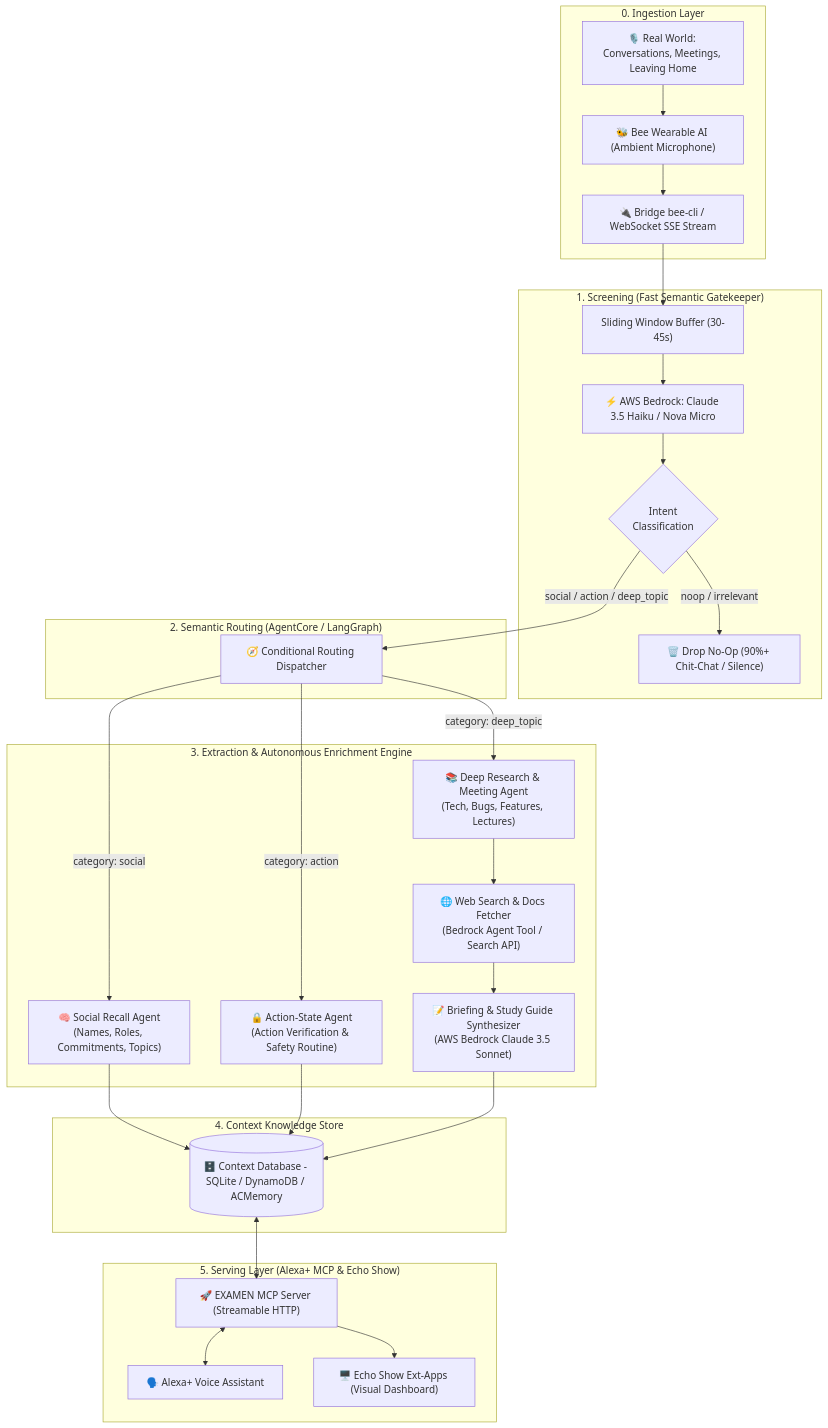
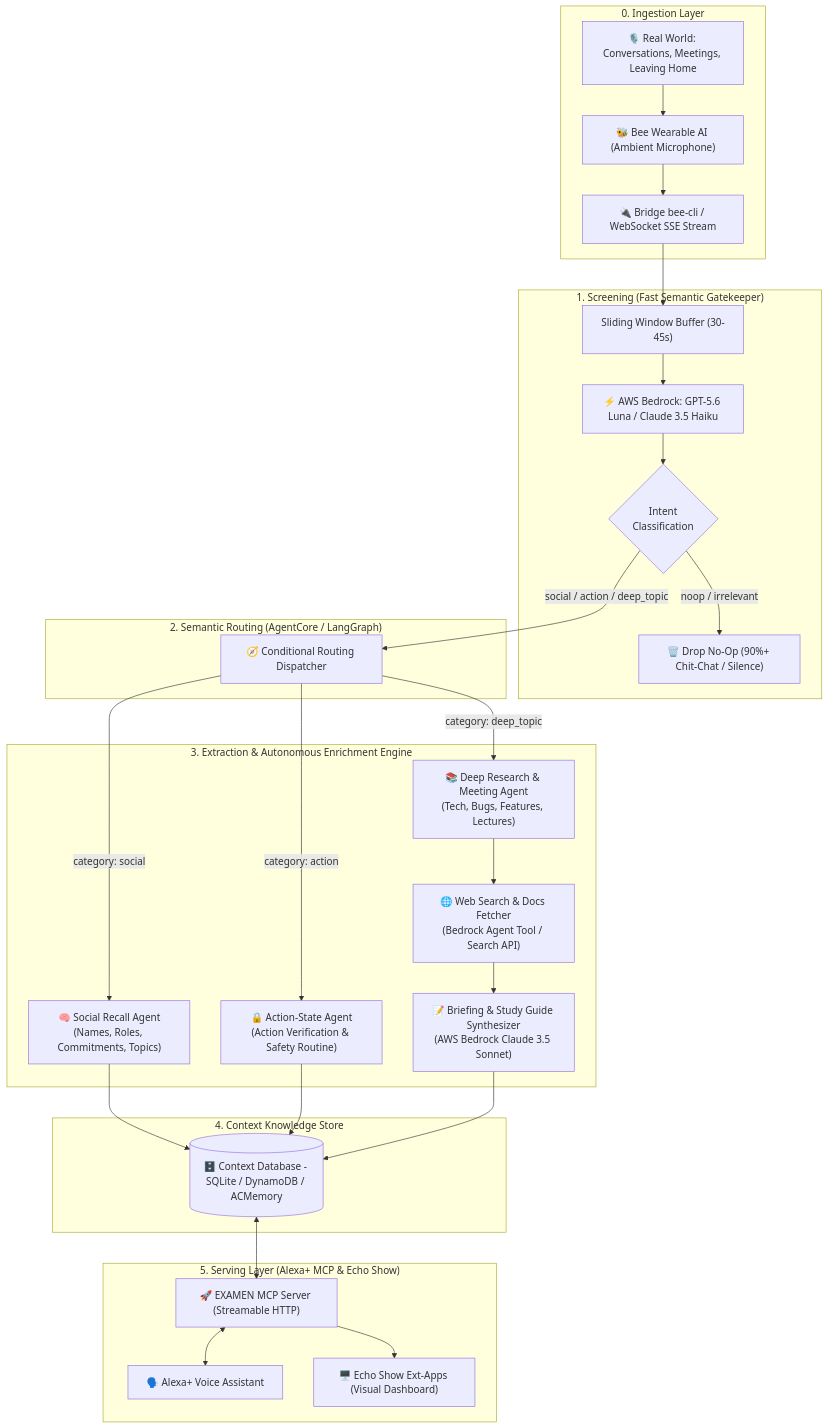
One commit to D3M1S22/examen changed the diagram in docs/01_architecture_flow.md. Above: the diagram before and after it, drawn with Mermaid. The commit also changed other lines of this file and 6 other files, not shown here.

Commit message:
feat: update default gatekeeper model to OpenAI GPT-5.6 Luna

````diff
--- a/docs/01_architecture_flow.md
+++ b/docs/01_architecture_flow.md
@@ -9,61 +9,61 @@
 ```mermaid
 flowchart TD
     %% Ingestion
     subgraph S0["0. Ingestion Layer"]
         RealWorld["🎙️ Real World: Conversations, Meetings, Leaving Home"]
         BeeWearable["🐝 Bee Wearable AI (Ambient Microphone)"]
         BeeMCP["🔌 Bridge bee-cli / WebSocket SSE Stream"]
         RealWorld --> BeeWearable --> BeeMCP
     end
 
     %% Stage 1: Screening
     subgraph S1["1. Screening (Fast Semantic Gatekeeper)"]
         Buffer["Sliding Window Buffer (30-45s)"]
-        BedrockGatekeeper["⚡ AWS Bedrock: Claude 3.5 Haiku / Nova Micro"]
+        BedrockGatekeeper["⚡ AWS Bedrock: GPT-5.6 Luna / Claude 3.5 Haiku"]
         Classifier{"Intent\nClassification"}
         DropIrrelevant["🗑️ Drop No-Op (90%+ Chit-Chat / Silence)"]
         
         BeeMCP --> Buffer --> BedrockGatekeeper --> Classifier
         Classifier -->|noop / irrelevant| DropIrrelevant
     end
 
     %% Stage 2: Routing
     subgraph S2["2. Semantic Routing (AgentCore / LangGraph)"]
         Router["🧭 Conditional Routing Dispatcher"]
         Classifier -->|social / action / deep_topic| Router
     end
 
     %% Stage 3: Extraction & Enrichment
     subgraph S3["3. Extraction & Autonomous Enrichment Engine"]
         SocialAgent["🧠 Social Recall Agent\n(Names, Roles, Commitments, Topics)"]
         ActionAgent["🔒 Action-State Agent\n(Action Verification & Safety Routine)"]
         TopicAgent["📚 Deep Research & Meeting Agent\n(Tech, Bugs, Features, Lectures)"]
         WebSearchTool["🌐 Web Search & Docs Fetcher\n(Bedrock Agent Tool / Search API)"]
         BriefingGenerator["📝 Briefing & Study Guide Synthesizer\n(AWS Bedrock Claude 3.5 Sonnet)"]
 
         Router -->|category: social| SocialAgent
         Router -->|category: action| ActionAgent
         Router -->|category: deep_topic| TopicAgent
         
         TopicAgent --> WebSearchTool --> BriefingGenerator
     end
 
     %% Stage 4: Storage
     subgraph S4["4. Context Knowledge Store"]
         DB[(🗄️ Context Database - SQLite / DynamoDB / ACMemory)]
         SocialAgent --> DB
         ActionAgent --> DB
         BriefingGenerator --> DB
     end
 
     %% Stage 5: Serving
     subgraph S5["5. Serving Layer (Alexa+ MCP & Echo Show)"]
         MCPServer["🚀 EXAMEN MCP Server (Streamable HTTP)"]
         AlexaPlus["🗣️ Alexa+ Voice Assistant"]
         EchoShowUI["🖥️ Echo Show Ext-Apps (Visual Dashboard)"]
 
         DB <--> MCPServer
         MCPServer <--> AlexaPlus
         MCPServer --> EchoShowUI
     end
 ```
````
